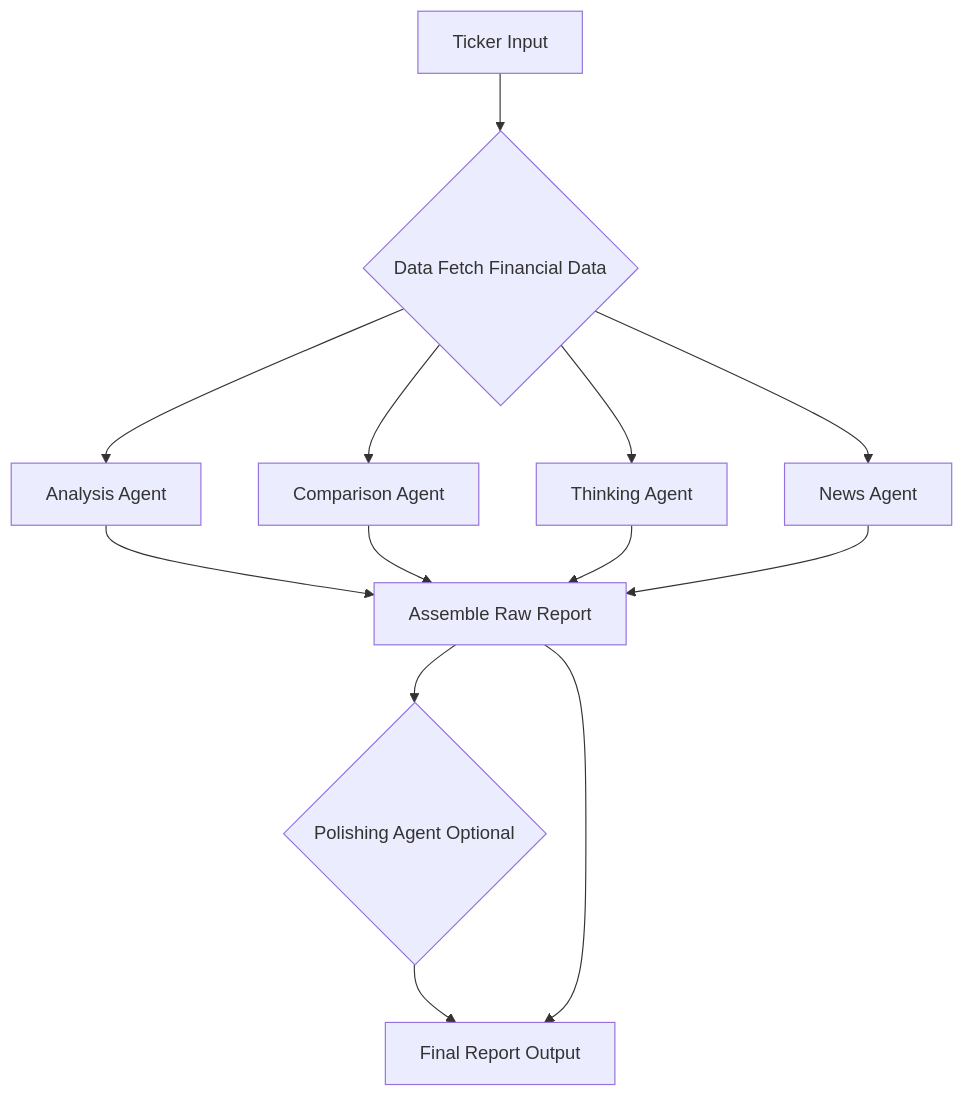
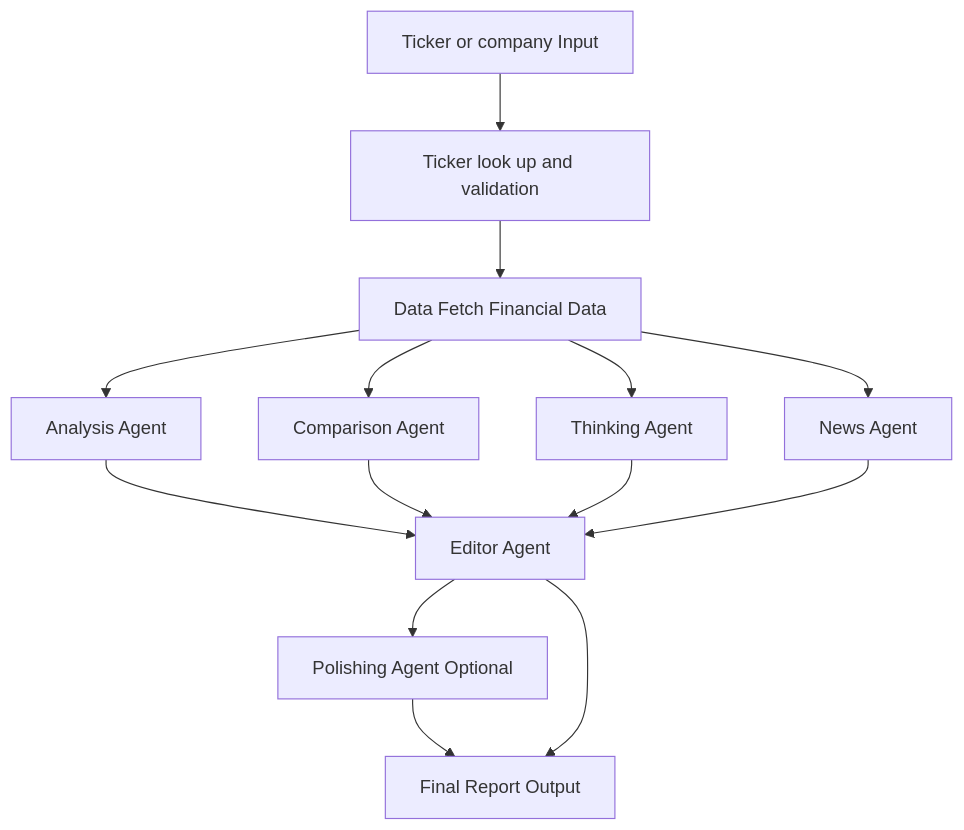
The diagram in docs/index.md (ThomasBury/apex_fin), drawn with Mermaid before and after one commit. The commit also changed other lines of this file and 6 other files, not shown here.

````diff
--- a/docs/index.md
+++ b/docs/index.md
@@ -31,17 +32,18 @@
-```mermaid
+``` mermaid
 flowchart TD
-    A[Ticker Input] --> B{Data Fetch Financial Data}
+    A[Ticker or company Input] --> AA[Ticker look up and validation]
+    AA --> B[Data Fetch Financial Data]
     B --> C[Analysis Agent]
     B --> D[Comparison Agent]
     B --> E[Thinking Agent]
     B --> F[News Agent]
 
-    C --> G[Assemble Raw Report]
+    C --> G[Editor Agent]
     D --> G
     E --> G
     F --> G
 
-    G --> H{Polishing Agent Optional}
+    G --> H[Polishing Agent Optional]
     H --> I[Final Report Output]
     G --> I
 ```
````
